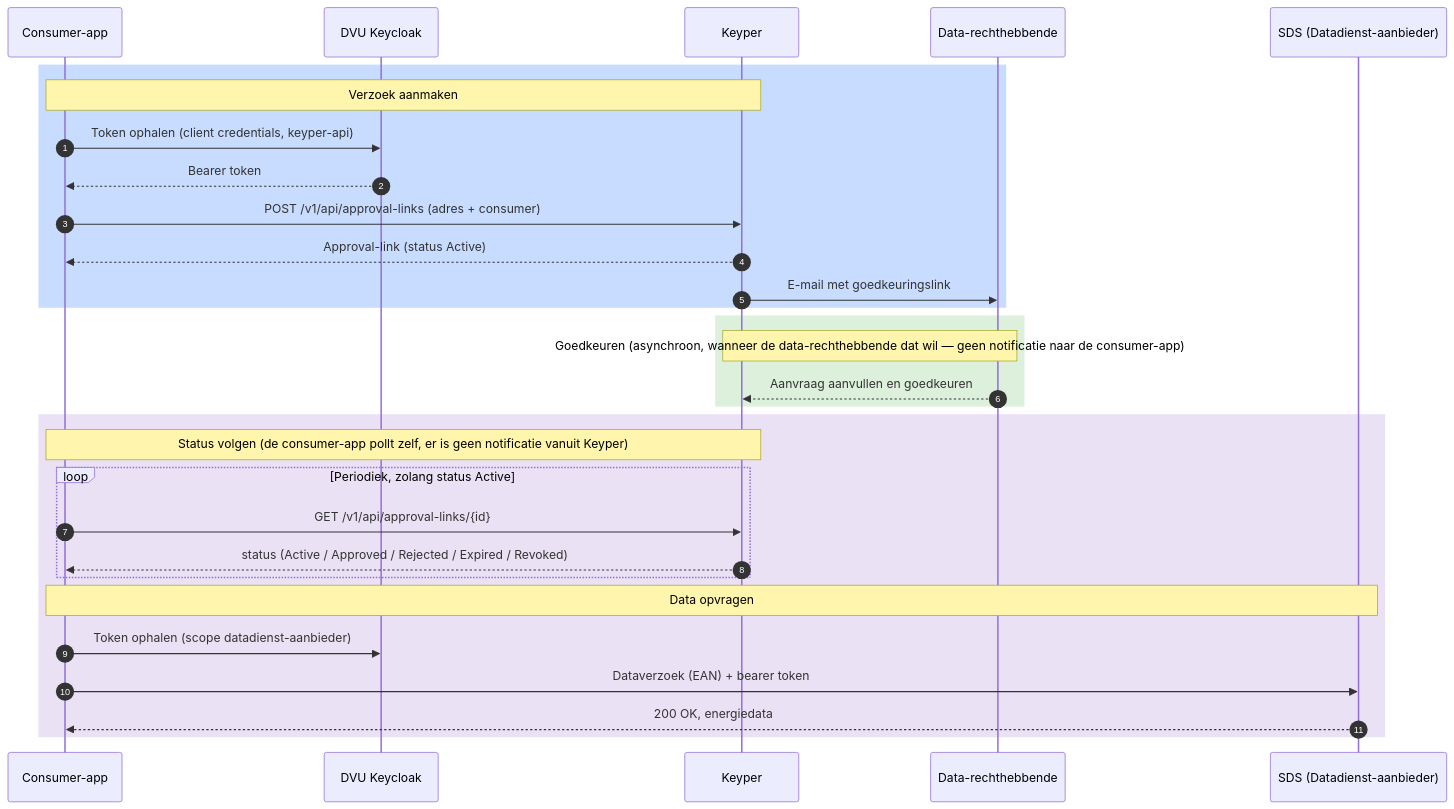
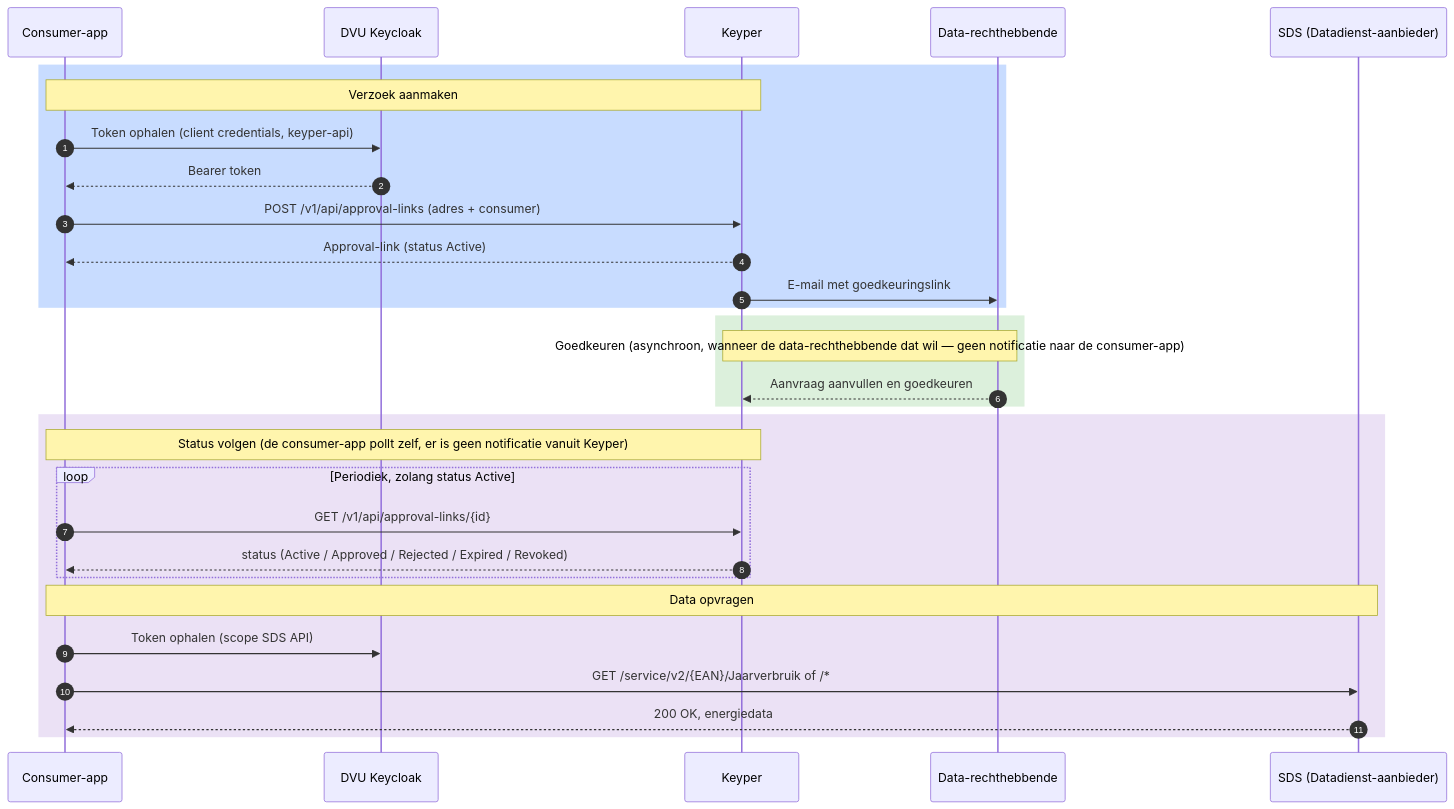
Before and after one commit to POORT8/Poort8.Docs: the diagram in dvu/aansluiten-dataservice-consumer.md, drawn with Mermaid. The commit also changed other lines of this file, not shown here.

````diff
--- a/dvu/aansluiten-dataservice-consumer.md
+++ b/dvu/aansluiten-dataservice-consumer.md
@@ -30,35 +31,35 @@
 ```mermaid
 sequenceDiagram
     autonumber
     participant App as Consumer-app
     participant Auth as DVU Keycloak
     participant Keyper as Keyper
     participant Owner as Data-rechthebbende
     participant SDS as SDS (Datadienst-aanbieder)
 
     rect rgb(200, 220, 255)
         note over App,Keyper: Verzoek aanmaken
         App->>Auth: Token ophalen (client credentials, keyper-api)
         Auth-->>App: Bearer token
         App->>Keyper: POST /v1/api/approval-links (adres + consumer)
         Keyper-->>App: Approval-link (status Active)
         Keyper->>Owner: E-mail met goedkeuringslink
     end
 
     rect rgb(220, 240, 220)
         note over Owner,Keyper: Goedkeuren (asynchroon, wanneer de data-rechthebbende dat wil — geen notificatie naar de consumer-app)
         Owner-->>Keyper: Aanvraag aanvullen en goedkeuren
     end
 
     rect rgb(235, 225, 245)
         note over App,Keyper: Status volgen (de consumer-app pollt zelf, er is geen notificatie vanuit Keyper)
         loop Periodiek, zolang status Active
             App->>Keyper: GET /v1/api/approval-links/{id}
             Keyper-->>App: status (Active / Approved / Rejected / Expired / Revoked)
         end
         note over App,SDS: Data opvragen
-        App->>Auth: Token ophalen (scope datadienst-aanbieder)
-        App->>SDS: Dataverzoek (EAN) + bearer token
+        App->>Auth: Token ophalen (scope SDS API)
+        App->>SDS: GET /service/v2/{EAN}/Jaarverbruik of /*
         SDS-->>App: 200 OK, energiedata
     end
 ```
````
